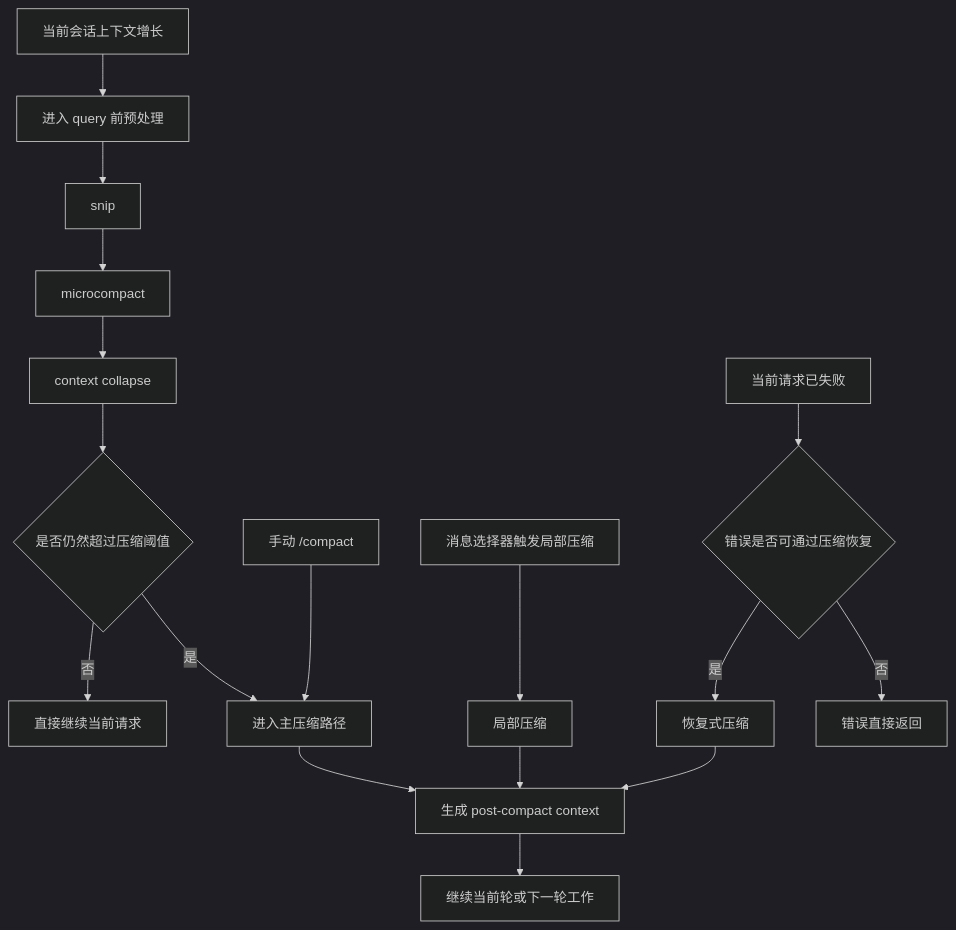
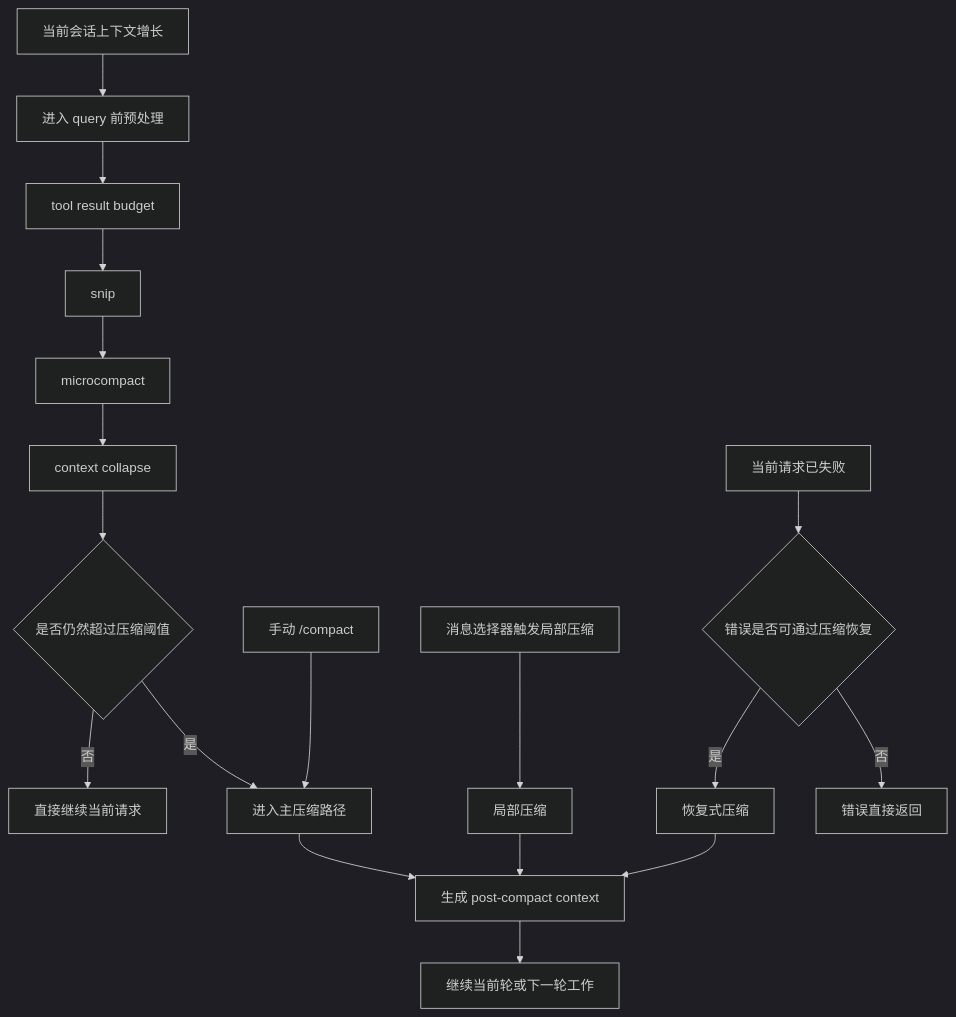
The third of 6 diagrams in 10_memory_patterns_basics/ClaudeCode长短期记忆架构设计文档.md (stormJun/ai-training), drawn with Mermaid (dark theme) before and after one commit. The commit also changed other lines of this file, not shown here.

````diff
--- a/10_memory_patterns_basics/ClaudeCode长短期记忆架构设计文档.md
+++ b/10_memory_patterns_basics/ClaudeCode长短期记忆架构设计文档.md
@@ -324,21 +325,22 @@
 ```mermaid
 flowchart TD
     A["当前会话上下文增长"] --> B["进入 query 前预处理"]
-    B --> C["snip"]
+    B --> TR["tool result budget"]
+    TR --> C["snip"]
     C --> D["microcompact"]
     D --> E["context collapse"]
     E --> F{"是否仍然超过压缩阈值"}
     F -- "否" --> G["直接继续当前请求"]
     F -- "是" --> H["进入主压缩路径"]
     H --> I["生成 post-compact context"]
     I --> J["继续当前轮或下一轮工作"]
 
     K["手动 /compact"] --> H
     L["消息选择器触发局部压缩"] --> M["局部压缩"]
     M --> I
 
     N["当前请求已失败"] --> O{"错误是否可通过压缩恢复"}
     O -- "是" --> P["恢复式压缩"]
     P --> I
     O -- "否" --> Q["错误直接返回"]
 ```
````
